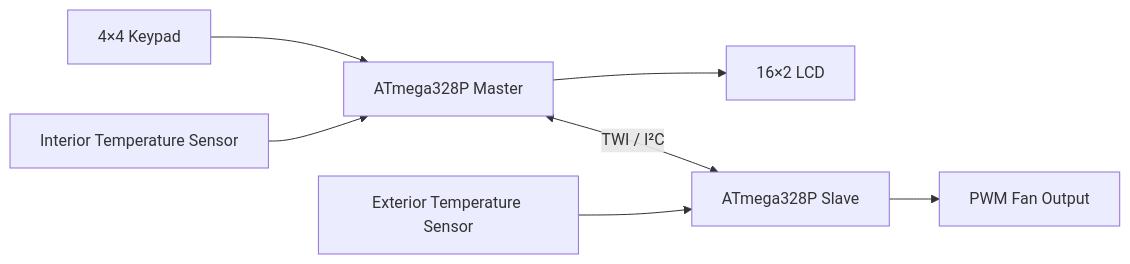
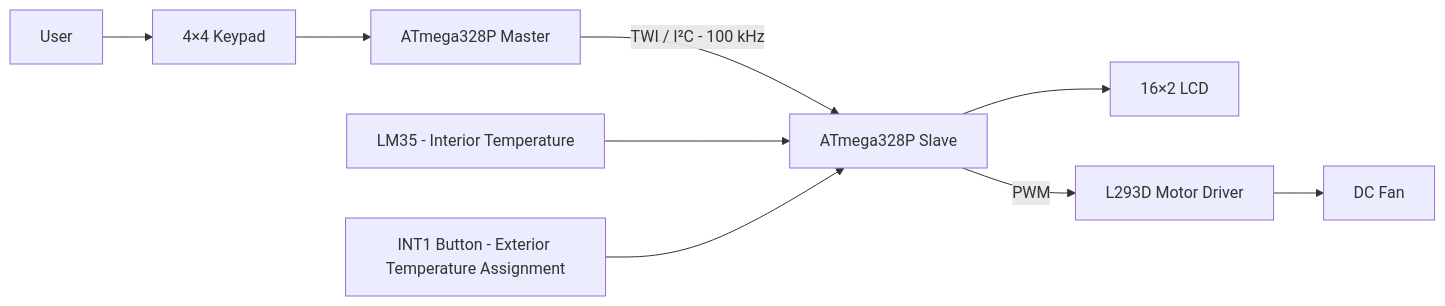
Before and after one commit to ramirezmosquedamiguel/automotive-hvac-controller: the diagram in README.md, drawn with Mermaid. The commit also changed other lines of this file, not shown here.

````diff
--- a/README.md
+++ b/README.md
@@ -25,9 +45,14 @@
 ```mermaid
 flowchart LR
-    K[4×4 Keypad] --> M[ATmega328P Master]
-    TI[Interior Temperature Sensor] --> M
-    M --> L[16×2 LCD]
-    M <-->|TWI / I²C| S[ATmega328P Slave]
-    TE[Exterior Temperature Sensor] --> S
-    S --> F[PWM Fan Output]
+    U[User] --> K[4×4 Keypad]
+    K --> M[ATmega328P Master]
+
+    M -->|TWI / I²C - 100 kHz| S[ATmega328P Slave]
+
+    LM[LM35 - Interior Temperature] --> S
+    B[INT1 Button - Exterior Temperature Assignment] --> S
+
+    S --> LCD[16×2 LCD]
+    S -->|PWM| D[L293D Motor Driver]
+    D --> F[DC Fan]
 ```
````
